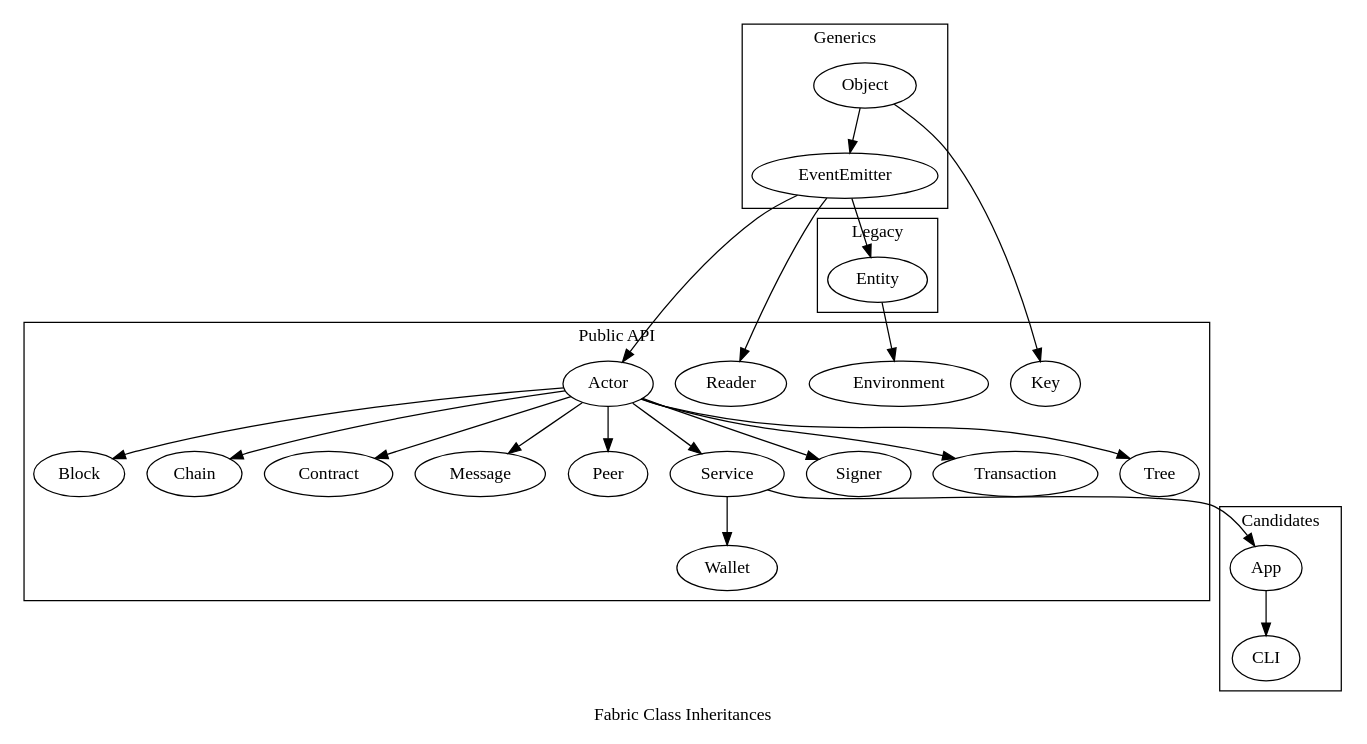
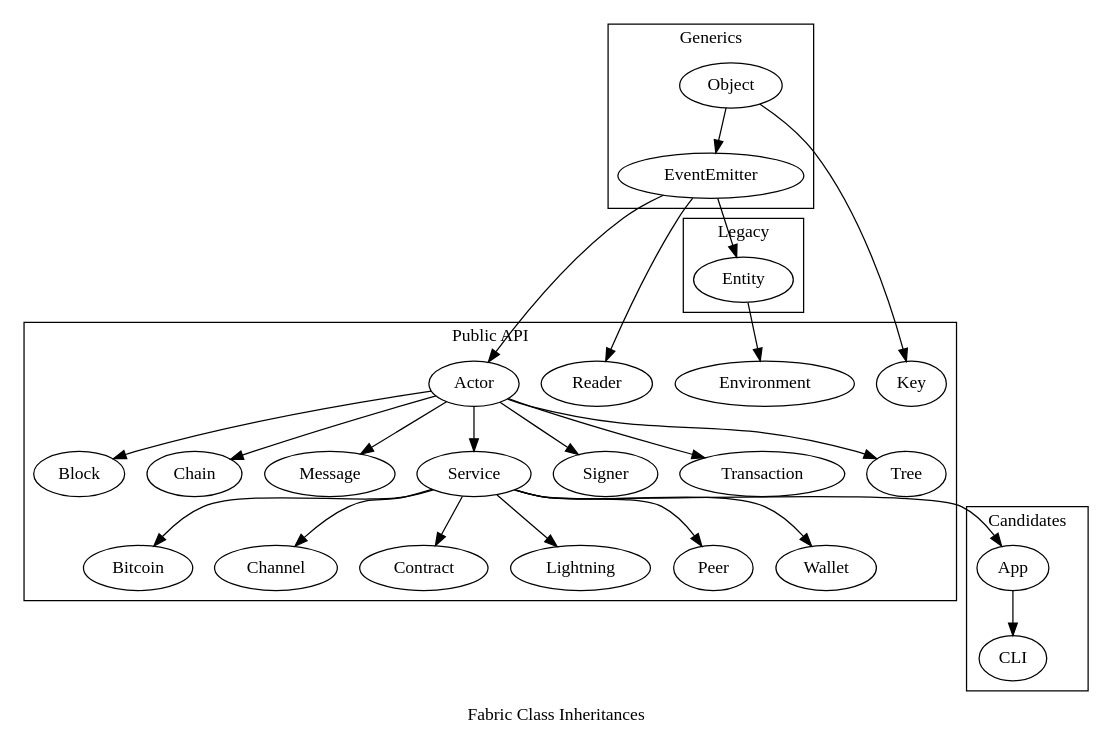
One commit to FabricLabs/fabric changed the diagram in contracts/classes.dot. Above: the diagram before and after it, drawn with Graphviz. The commit also changed 5 other files, not shown here.

```diff
--- a/contracts/classes.dot
+++ b/contracts/classes.dot
@@ -1,70 +1,76 @@
 digraph FabricClasses {
   label = "Fabric Class Inheritances"
   rankdir = "TB"
 
   subgraph cluster_generics {
     label = "Generics"
     "Object"
     "EventEmitter"
   }
 
   subgraph cluster_core {
     label = "Public API"
     "Actor"
     "Block"
+    "Bitcoin"
     "Chain"
+    "Channel"
     "Contract"
     "Environment"
     "Key"
+    "Lightning"
     "Message"
     "Peer"
     "Reader"
     "Service"
     "Signer"
     "Transaction"
     "Tree"
     "Wallet"
   }
 
   subgraph cluster_candidates {
     label = "Candidates"
     "App"
     "CLI"
   }
 
   subgraph cluster_legacy {
     label = "Legacy"
     "Entity"
   }
 
   "Actor" -> {
     "Block"
     "Chain"
-    "Contract"
     "Message"
-    "Peer"
     "Service"
     "Signer"
     "Transaction"
     "Tree"
   }
 
   "App" -> {
     "CLI"
   }
 
   "Entity" -> "Environment"
   "EventEmitter" -> {
     "Actor"
     "Entity"
     "Reader"
   }
 
   "Object" -> "EventEmitter"
   "Object" -> "Key"
 
   "Service" -> {
     "App"
+    "Bitcoin"
+    "Channel"
+    "Contract"
+    "Lightning"
+    "Peer"
     "Wallet"
   }
 }
```
